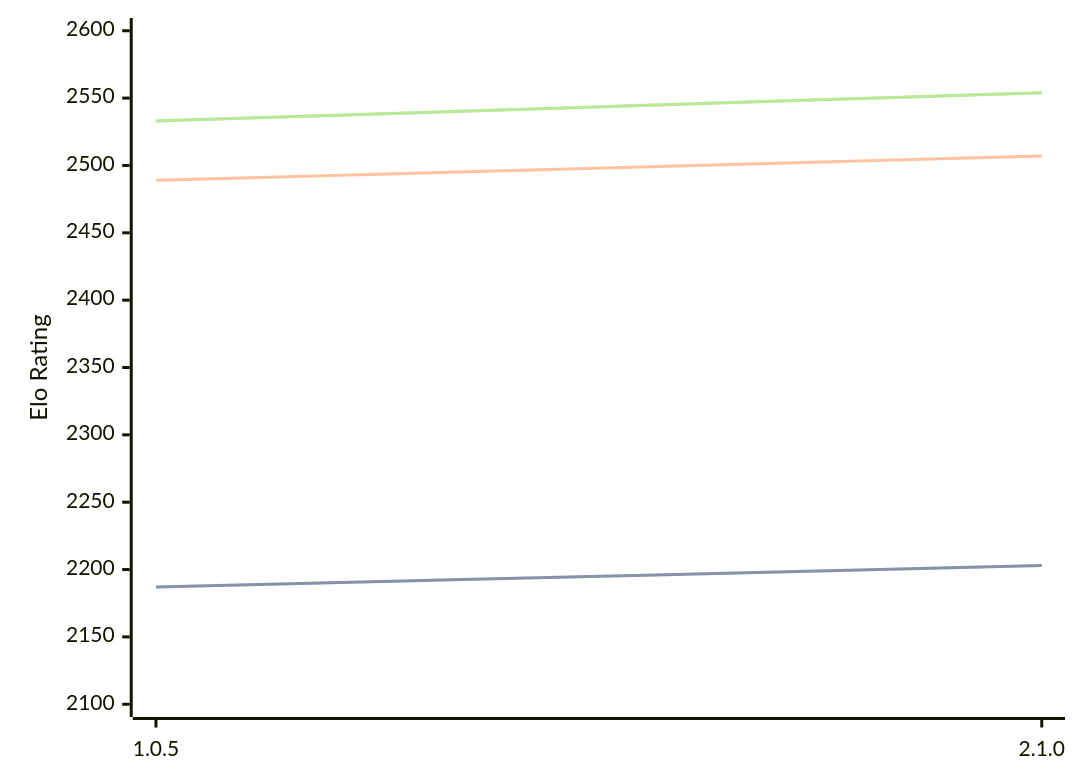
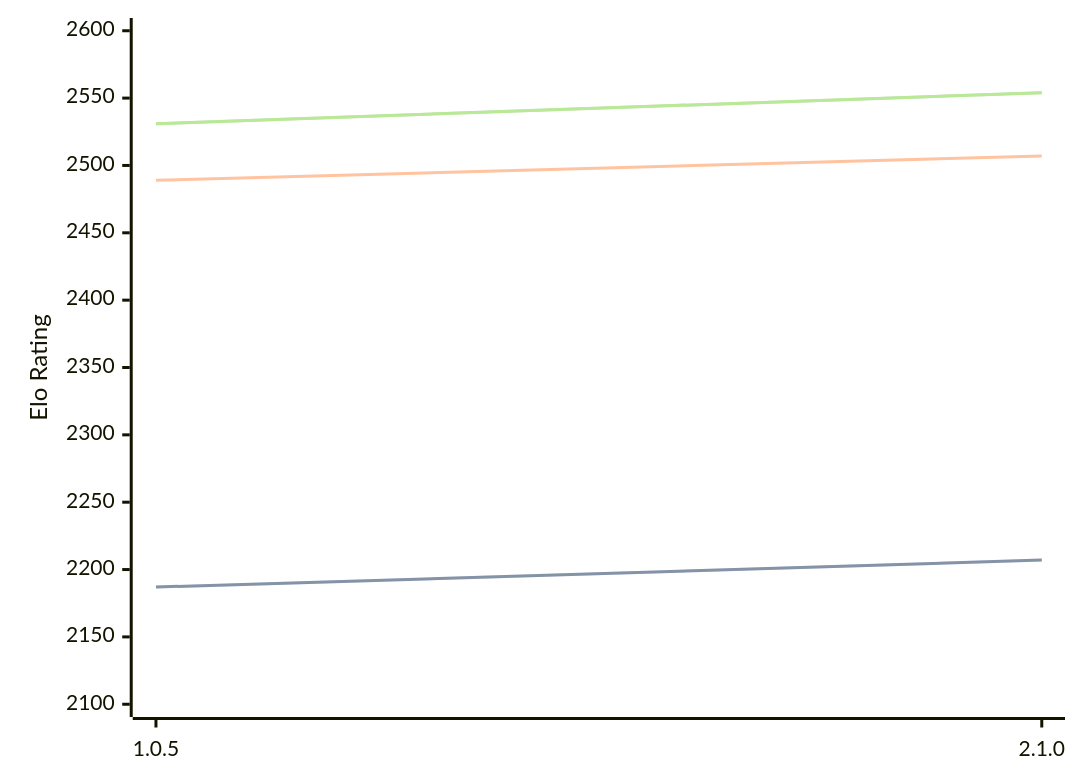
Before and after one commit to computer-chess-index/cci: the diagram in engines/Ruffian.md, drawn with Mermaid. The commit also changed other lines of this file, not shown here.

Commit message:
Update CCI Ratings (ELO VLTC) - 2026-05-08

````diff
--- a/engines/Ruffian.md
+++ b/engines/Ruffian.md
@@ -32,11 +32,11 @@
 ```mermaid
 %%{init: {"theme":"base","themeVariables":{"seriesColors:['#a3a3a3','#222221','#faa371']}}}%%
 xychart-beta
   x-axis ["1.0.5", "2.1.0"]
   y-axis "Elo Rating" 2100 --> 2600
-  line "STC (8.0+0.08s)" [2187, 2203]
-  line "STC (8.0+0.08s)" [2187, 2203]
+  line "STC (8.0+0.08s)" [2187, 2207]
+  line "STC (8.0+0.08s)" [2187, 2207]
   line "LTC (60.0+0.60s)" [2489, 2507]
-  line "VLTC (2m24s+1.12s)" [2533, 2554]
-  line "VLTC (2m24s+1.12s)" [2533, 2554]
+  line "VLTC (2m24s+1.12s)" [2531, 2554]
+  line "VLTC (2m24s+1.12s)" [2531, 2554]
 ```
````
